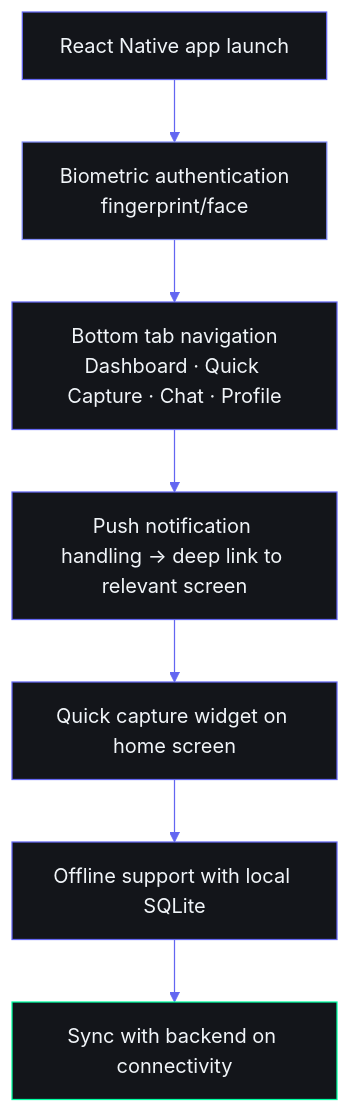
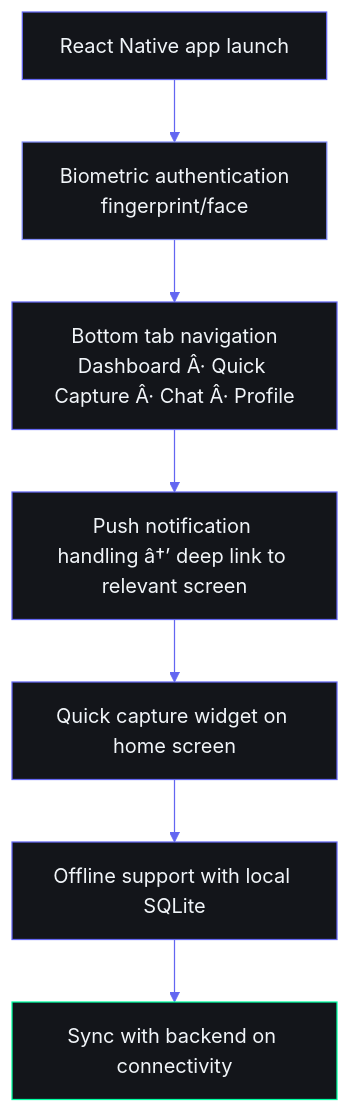
Before and after one commit to rohitkumarnaidu/ARIA-OS---SecondBrain-: diagram 26 of 27 in docs/product/UserFlows.md, drawn with Mermaid. The commit also changed other lines of this file and 9 other files, not shown here.

````diff
--- a/docs/product/UserFlows.md
+++ b/docs/product/UserFlows.md
@@ -948,14 +948,14 @@
 ```mermaid
 %%{init: {'theme': 'base', 'themeVariables': {'background': '#0A0B0F', 'primaryColor': '#13151A', 'primaryBorderColor': '#6366F1', 'primaryTextColor': '#F1F5F9', 'lineColor': '#6366F1', 'secondaryColor': '#1A1D24', 'tertiaryColor': '#0A0B0F', 'fontFamily': 'DM Sans'}}}%%
 flowchart TD
     RN[React Native app launch] --> BIO[Biometric authentication<br/>fingerprint/face]
-    BIO --> TAB[Bottom tab navigation<br/>Dashboard · Quick Capture · Chat · Profile]
-    TAB --> PUSH2[Push notification handling → deep link to relevant screen]
+    BIO --> TAB[Bottom tab navigation<br/>Dashboard Â· Quick Capture Â· Chat Â· Profile]
+    TAB --> PUSH2[Push notification handling â†’ deep link to relevant screen]
     PUSH2 --> WIDGET[Quick capture widget on home screen]
     WIDGET --> SQLITE[Offline support with local SQLite]
     SQLITE --> SYNC2[Sync with backend on connectivity]
     
     style RN fill:#13151A,stroke:#6366F1,color:#F1F5F9
     style BIO fill:#13151A,stroke:#818CF8,color:#F1F5F9
     style SYNC2 fill:#13151A,stroke:#00FFA3,color:#F1F5F9
 ```
````
